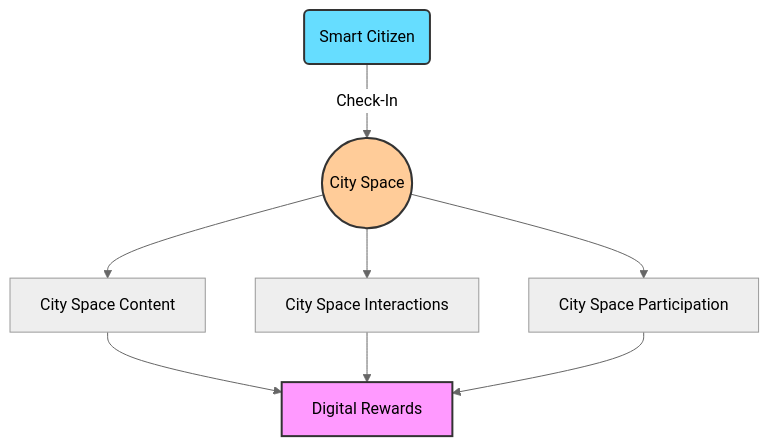
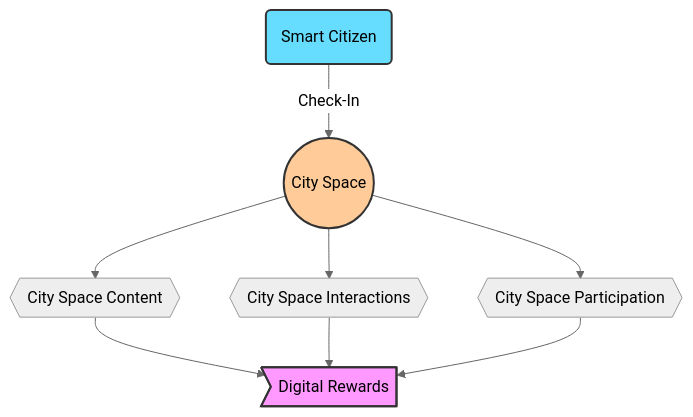
One commit to cityos-work/cityos-dev changed the diagram in pages/elements/city-spaces.md. Above: the diagram before and after it, drawn with Mermaid (neutral theme).

````diff
--- a/pages/elements/city-spaces.md
+++ b/pages/elements/city-spaces.md
@@ -16,13 +16,13 @@
 ```mermaid
 graph TD;
     U(Smart Citizen)-- Check-In -->CS((City Space));
-    CS-->CSC[City Space Content];
-    CS-->CSI[City Space Interactions];
-    CS-->CSP[City Space Participation];
-    CSC-->DR[Digital Rewards];
+    CS-->CSC{{City Space Content}};
+    CS-->CSI{{City Space Interactions}};
+    CS-->CSP{{City Space Participation}};
+    CSC-->DR>Digital Rewards];
     CSI-->DR;
     CSP-->DR;
     style U fill:#6df,stroke:#333,stroke-width:2px
     style CS fill:#fc9,stroke:#333,stroke-width:2px
     style DR fill:#f9f,stroke:#333,stroke-width:2px
 ```
````
